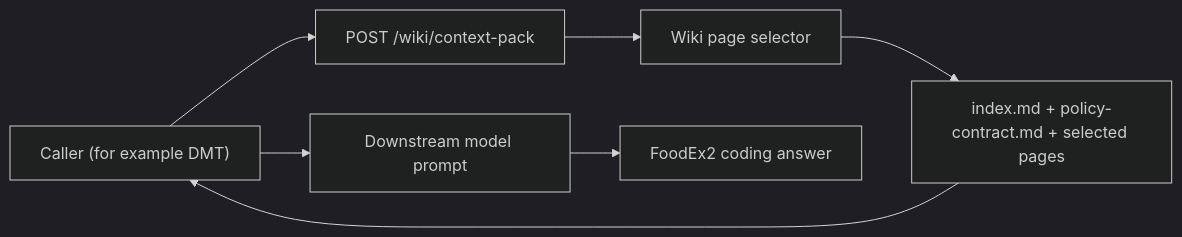
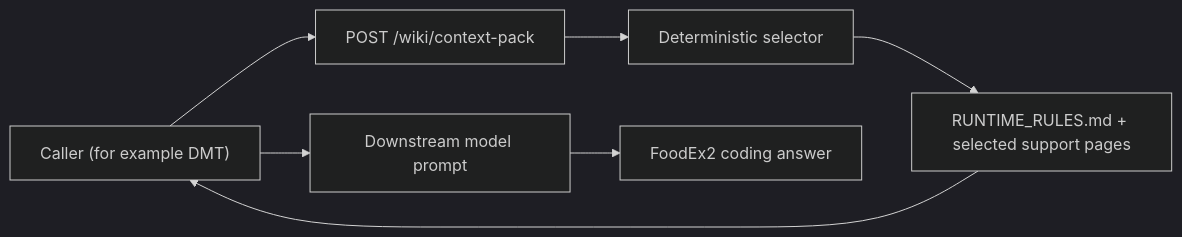
Before and after one commit to Chili36/Foodex2_Wiki: the first of 2 diagrams in README.md, drawn with Mermaid (dark theme). The commit also changed other lines of this file and 9 other files, not shown here.

Commit message:
Add deterministic context-pack runtime layer

````diff
--- a/README.md
+++ b/README.md
@@ -79,9 +81,9 @@
 ```mermaid
 flowchart LR
     A["Caller (for example DMT)"] --> B["POST /wiki/context-pack"]
-    B --> C["Wiki page selector"]
-    C --> D["index.md + policy-contract.md + selected pages"]
+    B --> C["Deterministic selector"]
+    C --> D["RUNTIME_RULES.md + selected support pages"]
     D --> A
     A --> E["Downstream model prompt"]
     E --> F["FoodEx2 coding answer"]
 ```
````
